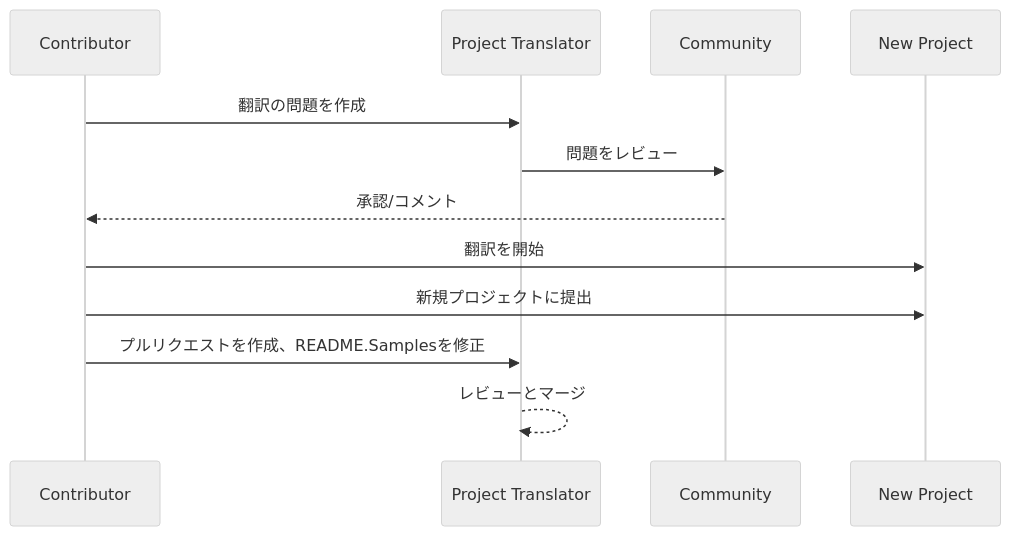
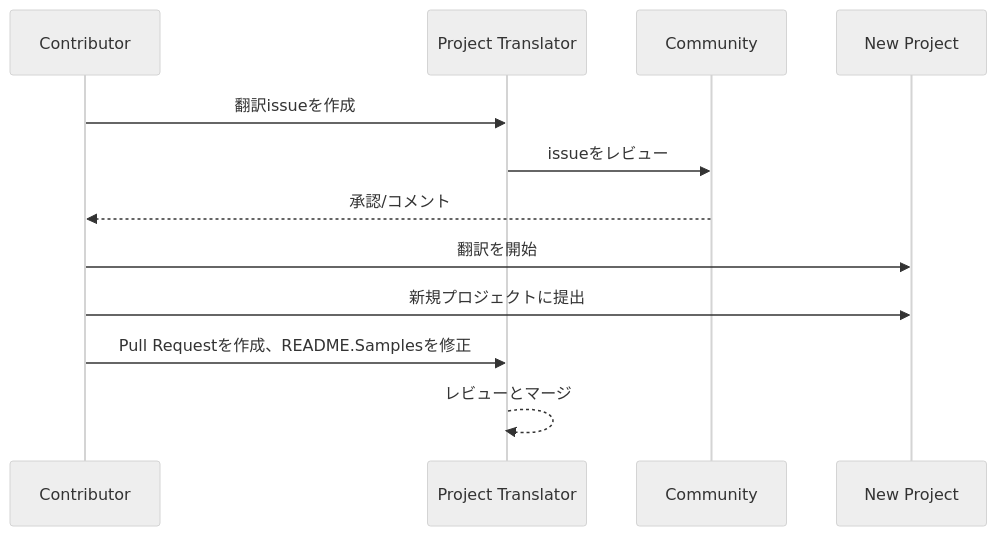
One commit to Project-Translation/project_translator changed the diagram in readmes/README.ja-jp.md. Above: the diagram before and after it, drawn with Mermaid (neutral theme). The commit also changed other lines of this file and 22 other files, not shown here.

````diff
--- a/readmes/README.ja-jp.md
+++ b/readmes/README.ja-jp.md
@@ -64,10 +62,10 @@
 ```mermaid
 sequenceDiagram
-  Contributor->>Project Translator: 翻訳の問題を作成
-  Project Translator->>Community: 問題をレビュー
+  Contributor->>Project Translator: 翻訳issueを作成
+  Project Translator->>Community: issueをレビュー
   Community-->>Contributor: 承認/コメント
   Contributor->>New Project: 翻訳を開始
   Contributor->>New Project: 新規プロジェクトに提出
-  Contributor->>Project Translator: プルリクエストを作成、README.Samplesを修正
+  Contributor->>Project Translator: Pull Requestを作成、README.Samplesを修正
   Project Translator-->>Project Translator: レビューとマージ
 ```
````
